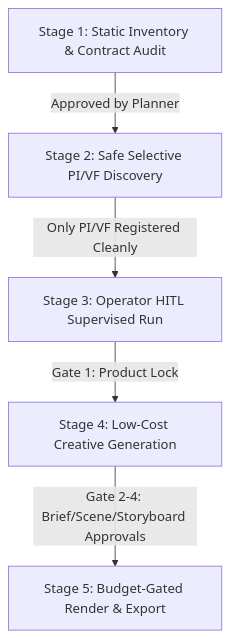
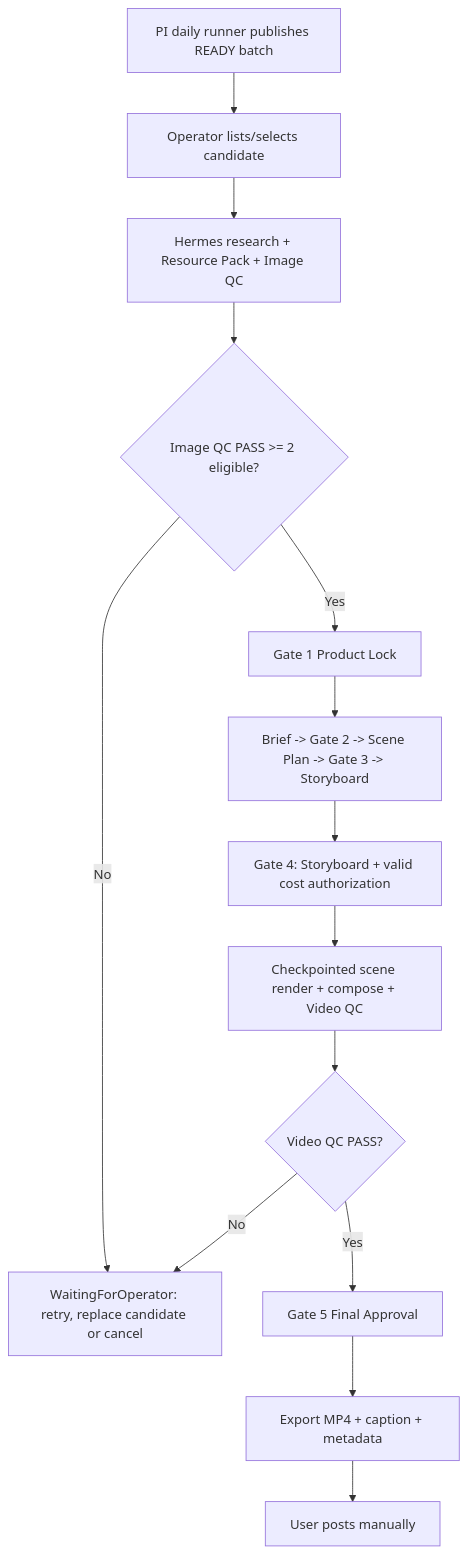
The diagram in docs/hermes-personal/product-video-runbook.md (khoahuynhanh97/hermes-agent), drawn with Mermaid before and after one commit. The commit also changed other lines of this file and 600 other files, not shown here.

First line of the commit message:
feat(product-video): Add Auto-Retry Image QC foundation (Phase 1)

````diff
--- a/docs/hermes-personal/product-video-runbook.md
+++ b/docs/hermes-personal/product-video-runbook.md
@@ -222,7 +318,16 @@
 ```mermaid
 flowchart TD
-    S1[Stage 1: Static Inventory & Contract Audit] -->|Approved by Planner| S2[Stage 2: Safe Selective PI/VF Discovery]
-    S2 -->|Only PI/VF Registered Cleanly| S3[Stage 3: Operator HITL Supervised Run]
-    S3 -->|Gate 1: Product Lock| S4[Stage 4: Low-Cost Creative Generation]
-    S4 -->|Gate 2-4: Brief/Scene/Storyboard Approvals| S5[Stage 5: Budget-Gated Render & Export]
+    A[PI daily runner publishes READY batch] --> B[Operator lists/selects candidate]
+    B --> C[Hermes research + Resource Pack + Image QC]
+    C --> D{Image QC PASS >= 2 eligible?}
+    D -->|No| E[WaitingForOperator: retry, replace candidate or cancel]
+    D -->|Yes| F[Gate 1 Product Lock]
+    F --> G[Brief -> Gate 2 -> Scene Plan -> Gate 3 -> Storyboard]
+    G --> H[Gate 4: Storyboard + valid cost authorization]
+    H --> I[Checkpointed scene render + compose + Video QC]
+    I --> J{Video QC PASS?}
+    J -->|No| E
+    J -->|Yes| K[Gate 5 Final Approval]
+    K --> L[Export MP4 + caption + metadata]
+    L --> M[User posts manually]
 ```
````
